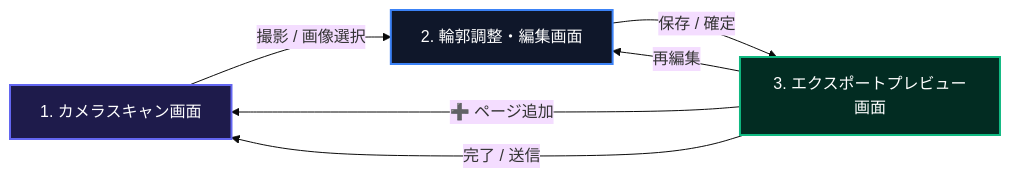
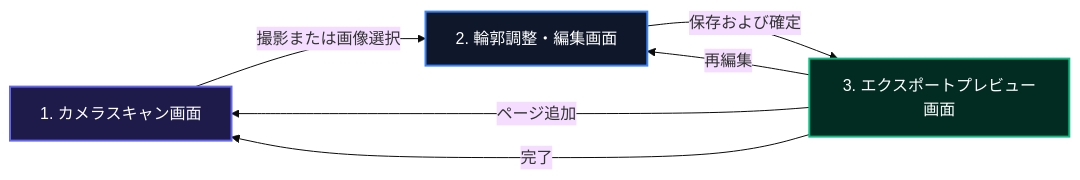
One commit to cwatanab/DocScan changed the diagram in README.md. Above: the diagram before and after it, drawn with Mermaid (base theme). The commit also changed other lines of this file, not shown here.

````diff
--- a/README.md
+++ b/README.md
@@ -112,12 +102,12 @@
 ```mermaid
 graph LR
-    A["1. カメラスキャン画面"] -->|撮影 / 画像選択| B["2. 輪郭調整・編集画面"]
-    B -->|保存 / 確定| C["3. エクスポートプレビュー画面"]
-    C -->|➕ ページ追加| A
+    A["1. カメラスキャン画面"] -->|撮影または画像選択| B["2. 輪郭調整・編集画面"]
+    B -->|保存および確定| C["3. エクスポートプレビュー画面"]
+    C -->|ページ追加| A
     C -->|再編集| B
-    C -->|完了 / 送信| A
+    C -->|完了| A
     
     style A fill:#1e1b4b,stroke:#6366f1,stroke-width:2px,color:#fff
     style B fill:#0f172a,stroke:#3b82f6,stroke-width:2px,color:#fff
     style C fill:#022c22,stroke:#10b981,stroke-width:2px,color:#fff
 ```
````
